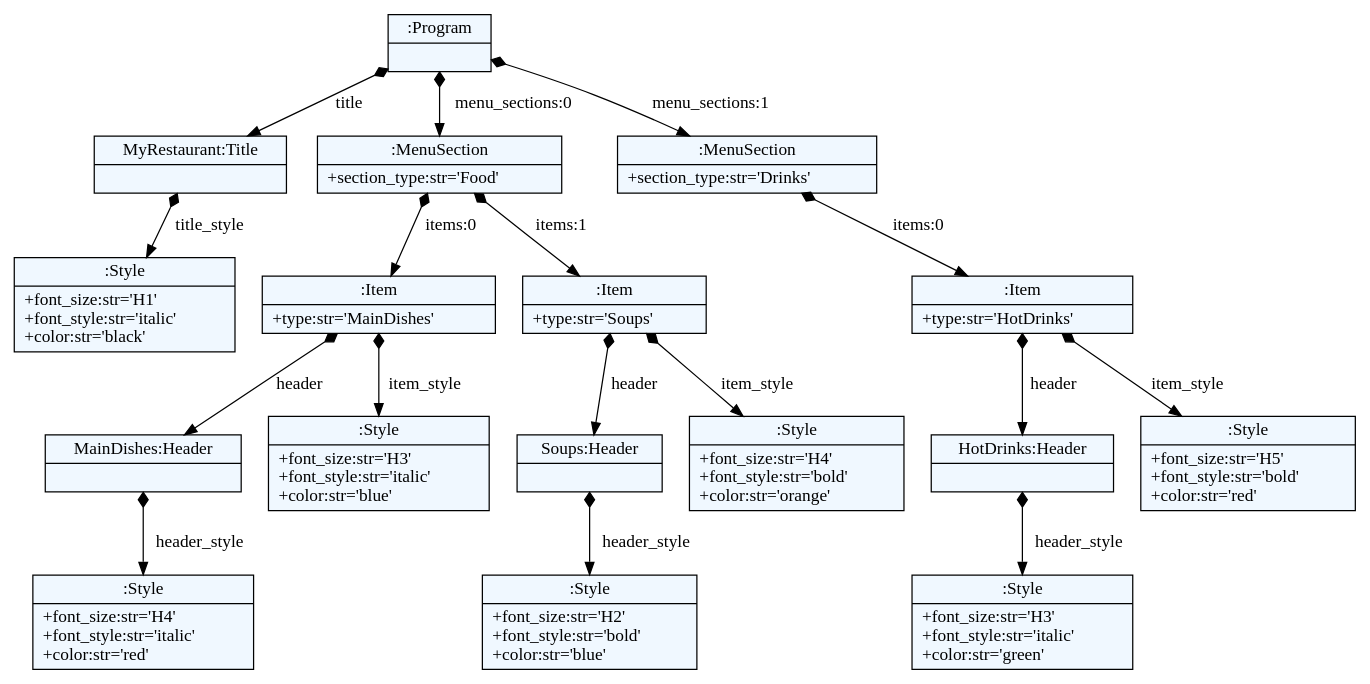
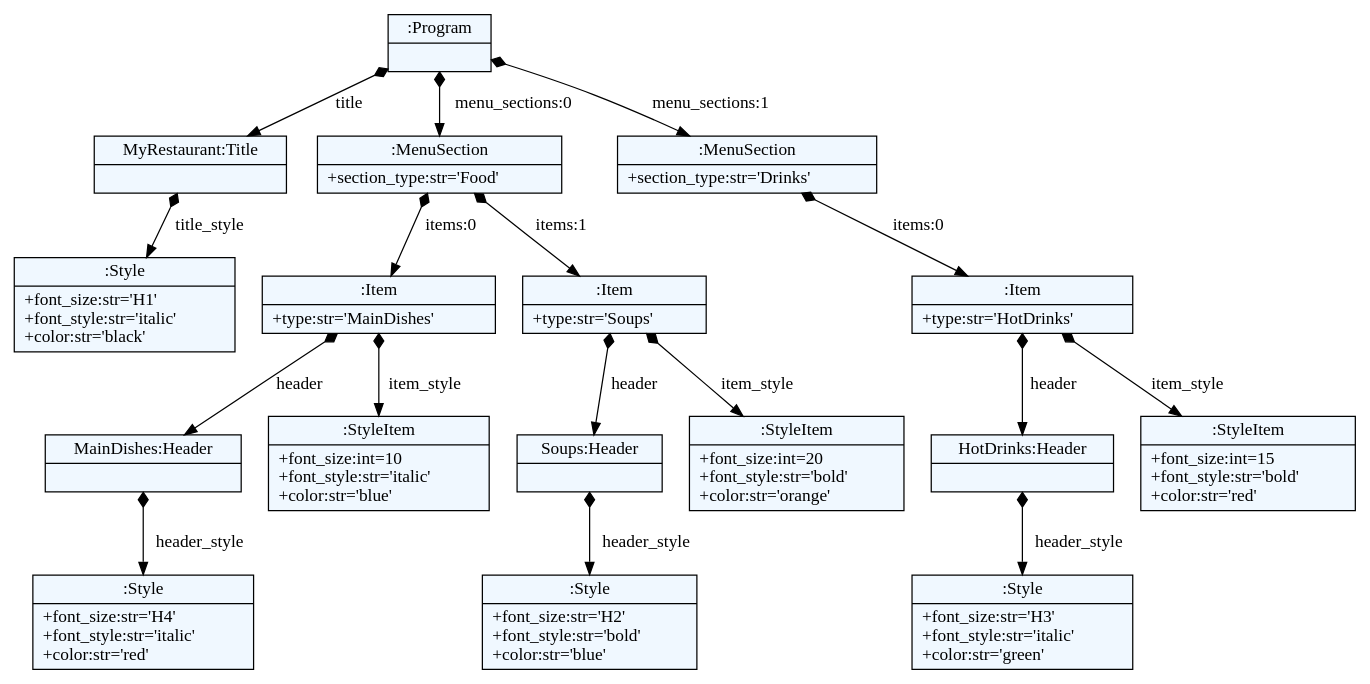
Before and after one commit to marijamilanovic/DSL: the diagram in menuDSL/example.dot, drawn with Graphviz. The commit also changed 4 other files, not shown here.

```diff
--- a/menuDSL/example.dot
+++ b/menuDSL/example.dot
@@ -1,48 +1,48 @@
 
     digraph textX {
     fontname = "Bitstream Vera Sans"
     fontsize = 8
     node[
         shape=record,
         style=filled,
         fillcolor=aliceblue
     ]
     nodesep = 0.3
     edge[dir=black,arrowtail=empty]
 
 
-1142860032560 -> 1142860032704 [label="title" arrowtail=diamond dir=both]
-1142860032704 -> 1142860032848 [label="title_style" arrowtail=diamond dir=both]
-1142860032848[label="{:Style|+font_size:str='H1'\l+font_style:str='italic'\l+color:str='black'\l}"]
-1142860032704[label="{MyRestaurant:Title|}"]
-1142860032560 -> 1142860032896 [label="menu_sections:0" arrowtail=diamond dir=both]
-1142860032896 -> 1142860033088 [label="items:0" arrowtail=diamond dir=both]
-1142860033088 -> 1142860033232 [label="header" arrowtail=diamond dir=both]
-1142860033232 -> 1142860033376 [label="header_style" arrowtail=diamond dir=both]
-1142860033376[label="{:Style|+font_size:str='H4'\l+font_style:str='italic'\l+color:str='red'\l}"]
-1142860033232[label="{MainDishes:Header|}"]
-1142860033088 -> 1142860033328 [label="item_style" arrowtail=diamond dir=both]
-1142860033328[label="{:Style|+font_size:str='H3'\l+font_style:str='italic'\l+color:str='blue'\l}"]
-1142860033088[label="{:Item|+type:str='MainDishes'\l}"]
-1142860032896 -> 1142860033136 [label="items:1" arrowtail=diamond dir=both]
-1142860033136 -> 1142860033424 [label="header" arrowtail=diamond dir=both]
-1142860033424 -> 1142860033568 [label="header_style" arrowtail=diamond dir=both]
-1142860033568[label="{:Style|+font_size:str='H2'\l+font_style:str='bold'\l+color:str='blue'\l}"]
-1142860033424[label="{Soups:Header|}"]
-1142860033136 -> 1142860033520 [label="item_style" arrowtail=diamond dir=both]
-1142860033520[label="{:Style|+font_size:str='H4'\l+font_style:str='bold'\l+color:str='orange'\l}"]
-1142860033136[label="{:Item|+type:str='Soups'\l}"]
-1142860032896[label="{:MenuSection|+section_type:str='Food'\l}"]
-1142860032560 -> 1142860032992 [label="menu_sections:1" arrowtail=diamond dir=both]
-1142860032992 -> 1142860033664 [label="items:0" arrowtail=diamond dir=both]
-1142860033664 -> 1142860033760 [label="header" arrowtail=diamond dir=both]
-1142860033760 -> 1142860033904 [label="header_style" arrowtail=diamond dir=both]
-1142860033904[label="{:Style|+font_size:str='H3'\l+font_style:str='italic'\l+color:str='green'\l}"]
-1142860033760[label="{HotDrinks:Header|}"]
-1142860033664 -> 1142860033856 [label="item_style" arrowtail=diamond dir=both]
-1142860033856[label="{:Style|+font_size:str='H5'\l+font_style:str='bold'\l+color:str='red'\l}"]
-1142860033664[label="{:Item|+type:str='HotDrinks'\l}"]
-1142860032992[label="{:MenuSection|+section_type:str='Drinks'\l}"]
-1142860032560[label="{:Program|}"]
+2269586982416 -> 2269586982560 [label="title" arrowtail=diamond dir=both]
+2269586982560 -> 2269586982704 [label="title_style" arrowtail=diamond dir=both]
+2269586982704[label="{:Style|+font_size:str='H1'\l+font_style:str='italic'\l+color:str='black'\l}"]
+2269586982560[label="{MyRestaurant:Title|}"]
+2269586982416 -> 2269586982752 [label="menu_sections:0" arrowtail=diamond dir=both]
+2269586982752 -> 2269586982944 [label="items:0" arrowtail=diamond dir=both]
+2269586982944 -> 2269586983088 [label="header" arrowtail=diamond dir=both]
+2269586983088 -> 2269586983232 [label="header_style" arrowtail=diamond dir=both]
+2269586983232[label="{:Style|+font_size:str='H4'\l+font_style:str='italic'\l+color:str='red'\l}"]
+2269586983088[label="{MainDishes:Header|}"]
+2269586982944 -> 2269586983184 [label="item_style" arrowtail=diamond dir=both]
+2269586983184[label="{:StyleItem|+font_size:int=10\l+font_style:str='italic'\l+color:str='blue'\l}"]
+2269586982944[label="{:Item|+type:str='MainDishes'\l}"]
+2269586982752 -> 2269586982992 [label="items:1" arrowtail=diamond dir=both]
+2269586982992 -> 2269586983280 [label="header" arrowtail=diamond dir=both]
+2269586983280 -> 2269586983424 [label="header_style" arrowtail=diamond dir=both]
+2269586983424[label="{:Style|+font_size:str='H2'\l+font_style:str='bold'\l+color:str='blue'\l}"]
+2269586983280[label="{Soups:Header|}"]
+2269586982992 -> 2269586983376 [label="item_style" arrowtail=diamond dir=both]
+2269586983376[label="{:StyleItem|+font_size:int=20\l+font_style:str='bold'\l+color:str='orange'\l}"]
+2269586982992[label="{:Item|+type:str='Soups'\l}"]
+2269586982752[label="{:MenuSection|+section_type:str='Food'\l}"]
+2269586982416 -> 2269586982848 [label="menu_sections:1" arrowtail=diamond dir=both]
+2269586982848 -> 2269586983520 [label="items:0" arrowtail=diamond dir=both]
+2269586983520 -> 2269586983616 [label="header" arrowtail=diamond dir=both]
+2269586983616 -> 2269586983760 [label="header_style" arrowtail=diamond dir=both]
+2269586983760[label="{:Style|+font_size:str='H3'\l+font_style:str='italic'\l+color:str='green'\l}"]
+2269586983616[label="{HotDrinks:Header|}"]
+2269586983520 -> 2269586983712 [label="item_style" arrowtail=diamond dir=both]
+2269586983712[label="{:StyleItem|+font_size:int=15\l+font_style:str='bold'\l+color:str='red'\l}"]
+2269586983520[label="{:Item|+type:str='HotDrinks'\l}"]
+2269586982848[label="{:MenuSection|+section_type:str='Drinks'\l}"]
+2269586982416[label="{:Program|}"]
 
 }
```
